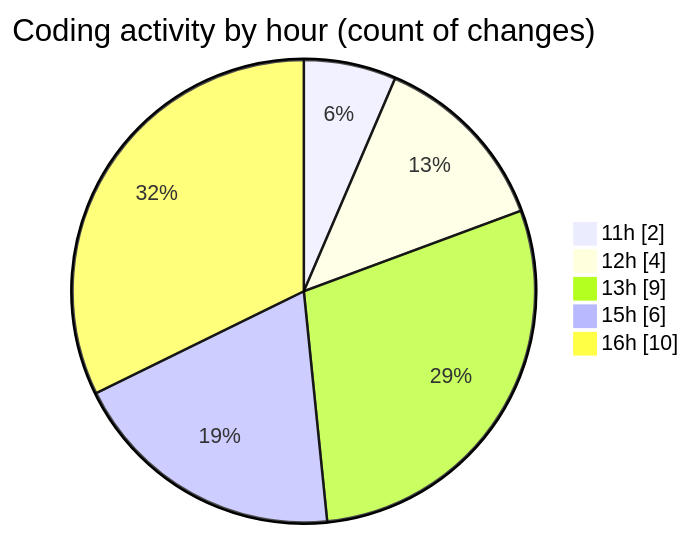
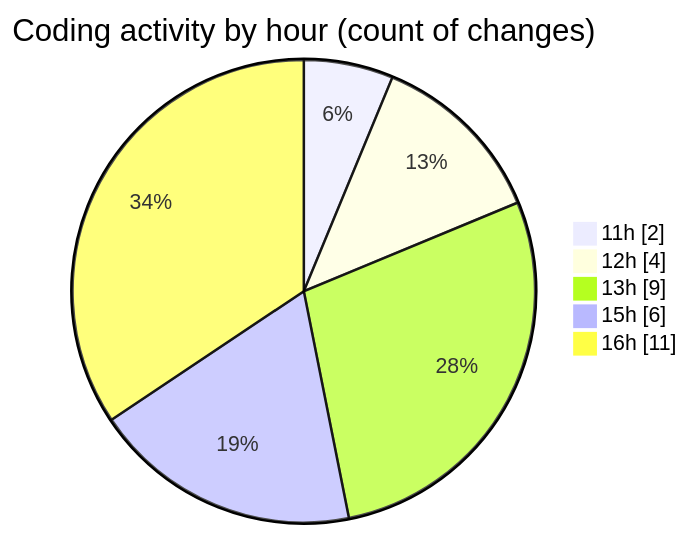
One commit to nxtqubesakshisongat/code-tracking changed the second of 2 diagrams in 2025-12-28/nxtqube_webapp/README.md. Above: the diagram before and after it, drawn with Mermaid. The commit also changed other lines of this file and 1 other file, not shown here.

````diff
--- a/2025-12-28/nxtqube_webapp/README.md
+++ b/2025-12-28/nxtqube_webapp/README.md
@@ -35,9 +36,9 @@
 ```mermaid
 pie showData
 title Coding activity by hour (count of changes)
 "11h" : 2
 "12h" : 4
 "13h" : 9
 "15h" : 6
-"16h" : 10
+"16h" : 11
 ```
````
